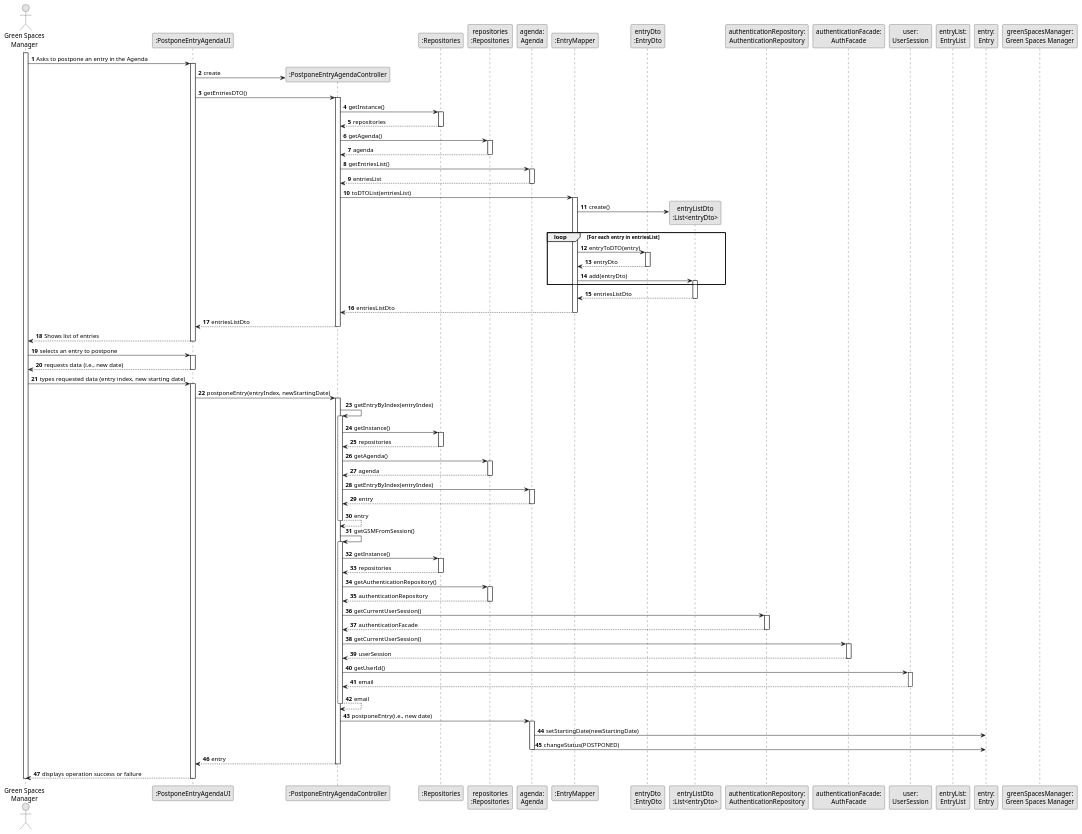
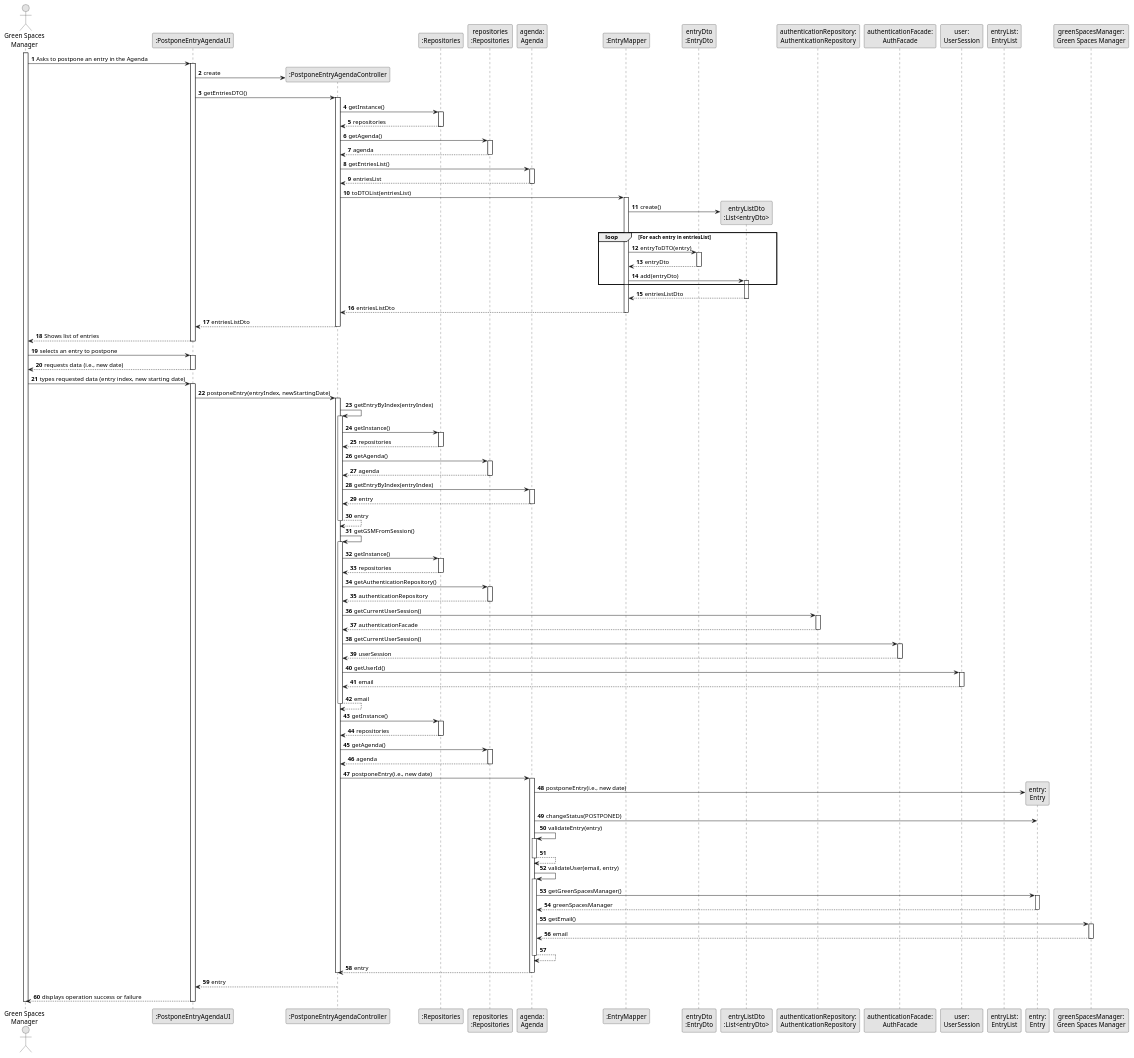
The diagram in docs/sprintA&B&C/us024/03.design/puml/us024-sequence-diagram-full.puml (daniel41silva05/ISEP_2023_2024_LAPR2), drawn with PlantUML before and after one commit. The commit also changed 15 other files, not shown here.

Commit message:
US24 Split Sequence Diagram Implementation

```diff
--- a/docs/sprintA&B&C/us024/03.design/puml/us024-sequence-diagram-full.puml
+++ b/docs/sprintA&B&C/us024/03.design/puml/us024-sequence-diagram-full.puml
@@ -151,12 +151,51 @@
 
             CTRL --> CTRL: email
             deactivate CTRL
+CTRL -> REP: getInstance()
+            activate REP
+
+            REP --> CTRL: repositories
+            deactivate REP
+
+            CTRL -> REPS: getAgenda()
+            activate REPS
+
+            REPS --> CTRL: agenda
+            deactivate REPS
 
             CTRL -> AGENDA: postponeEntry(i.e., new date)
             activate AGENDA
 
-                AGENDA -> ENTRY : setStartingDate(newStartingDate)
+
+
+                AGENDA -> ENTRY** : postponeEntry(i.e., new date)
                 AGENDA -> ENTRY : changeStatus(POSTPONED)
+                AGENDA -> AGENDA: validateEntry(entry)
+                                            activate AGENDA
+
+                                            AGENDA --> AGENDA
+                                            deactivate AGENDA
+
+                                            AGENDA -> AGENDA: validateUser(email, entry)
+                                            activate AGENDA
+
+                                                AGENDA -> ENTRY: getGreenSpacesManager()
+                                                activate ENTRY
+
+                                                ENTRY --> AGENDA: greenSpacesManager
+                                                deactivate ENTRY
+
+                                                AGENDA -> USER: getEmail()
+                                                activate USER
+
+                                                USER --> AGENDA: email
+                                                deactivate USER
+
+                                            AGENDA --> AGENDA
+                                            deactivate AGENDA
+
+                                            AGENDA --> CTRL: entry
+                                            deactivate CTRL
             deactivate AGENDA
 
         CTRL --> UI: entry
```
